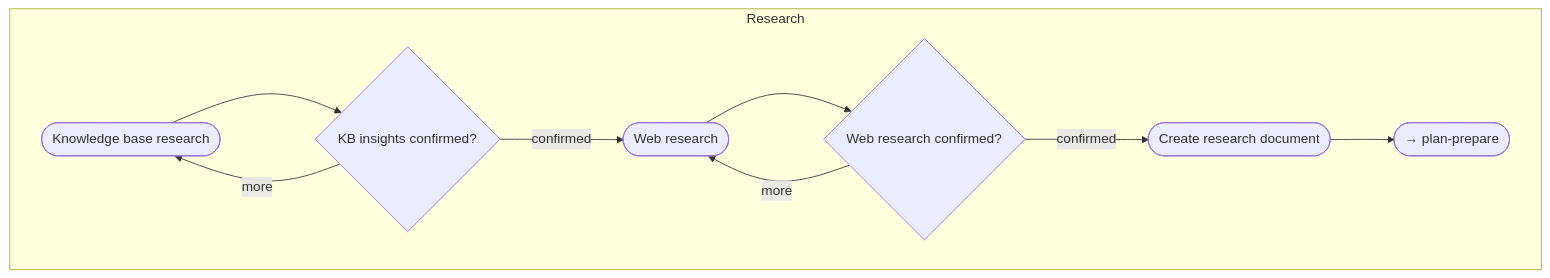
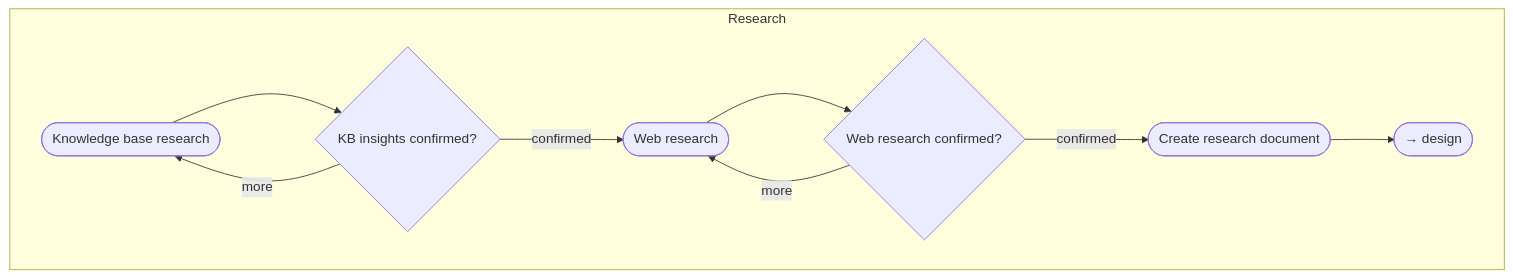
The sixth of 13 diagrams in work-package/README.md (m2ux/workflow-server), drawn with Mermaid before and after one commit. The commit also changed other lines of this file and 12 other files, not shown here.

````diff
--- a/work-package/README.md
+++ b/work-package/README.md
@@ -200,18 +240,18 @@
 ```mermaid
 graph TD
     subgraph research[Research]
         rs1([Knowledge base research])
         rs2([Web research])
         rs3([Create research document])
         cp1{KB insights confirmed?}
         cp2{Web research confirmed?}
         
         rs1 --> cp1
         cp1 -->|confirmed| rs2
         cp1 -->|more| rs1
         rs2 --> cp2
         cp2 -->|confirmed| rs3
         cp2 -->|more| rs2
-        rs3 --> Next([→ plan-prepare])
+        rs3 --> Next([→ design])
     end
 ```
````
